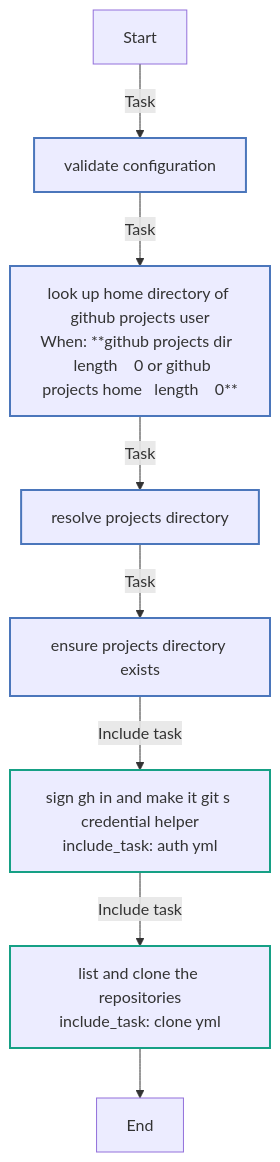
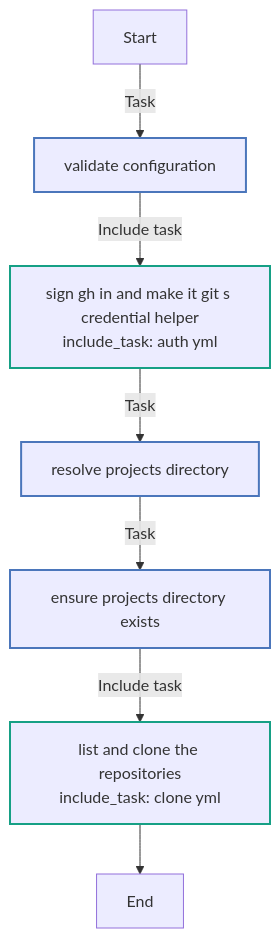
The first of 10 diagrams in docs/reference/roles/github_projects.md (kawadeomkar/agent-warehouse), drawn with Mermaid before and after one commit. The commit also changed other lines of this file and 32 other files, not shown here.

````diff
--- a/docs/reference/roles/github_projects.md
+++ b/docs/reference/roles/github_projects.md
@@ -156,20 +159,19 @@
 ```mermaid
 flowchart TD
 Start
 classDef block stroke:#3498db,stroke-width:2px;
 classDef task stroke:#4b76bb,stroke-width:2px;
 classDef includeTasks stroke:#16a085,stroke-width:2px;
 classDef importTasks stroke:#34495e,stroke-width:2px;
 classDef includeRole stroke:#2980b9,stroke-width:2px;
 classDef importRole stroke:#699ba7,stroke-width:2px;
 classDef includeVars stroke:#8e44ad,stroke-width:2px;
 classDef rescue stroke:#665352,stroke-width:2px;
 
   Start-->|Task| Validate_configuration0[validate configuration]:::task
-  Validate_configuration0-->|Task| Look_up_home_directory_of_github_projects_user1[look up home directory of github projects user<br>When: **github projects dir   length    0 or github<br>projects home   length    0**]:::task
-  Look_up_home_directory_of_github_projects_user1-->|Task| Resolve_projects_directory2[resolve projects directory]:::task
+  Validate_configuration0-->|Include task| Sign_gh_in_and_make_it_git_s_credential_helper_auth_yml_1[sign gh in and make it git s credential helper<br>include_task: auth yml]:::includeTasks
+  Sign_gh_in_and_make_it_git_s_credential_helper_auth_yml_1-->|Task| Resolve_projects_directory2[resolve projects directory]:::task
   Resolve_projects_directory2-->|Task| Ensure_projects_directory_exists3[ensure projects directory exists]:::task
-  Ensure_projects_directory_exists3-->|Include task| Sign_gh_in_and_make_it_git_s_credential_helper_auth_yml_4[sign gh in and make it git s credential helper<br>include_task: auth yml]:::includeTasks
-  Sign_gh_in_and_make_it_git_s_credential_helper_auth_yml_4-->|Include task| List_and_clone_the_repositories_clone_yml_5[list and clone the repositories<br>include_task: clone yml]:::includeTasks
-  List_and_clone_the_repositories_clone_yml_5-->End
+  Ensure_projects_directory_exists3-->|Include task| List_and_clone_the_repositories_clone_yml_4[list and clone the repositories<br>include_task: clone yml]:::includeTasks
+  List_and_clone_the_repositories_clone_yml_4-->End
 ```
````
